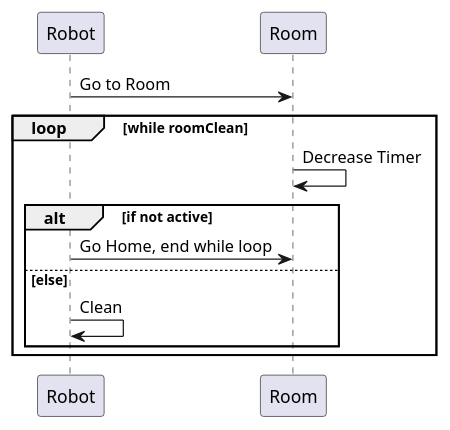
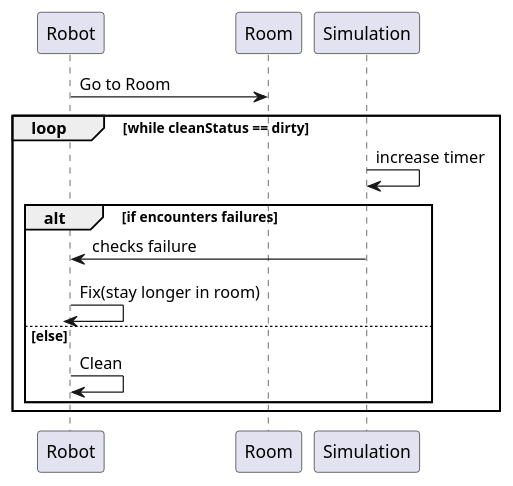
The diagram in docs/design/BehavioralDiagrams/duringTaskSequenceDiagram.puml (ur-cs-courses/course-project-clean-squad), drawn with PlantUML before and after one commit. The commit also changed 4 other files, not shown here.

Commit message:
update duringTask diagram

```diff
--- a/docs/design/BehavioralDiagrams/duringTaskSequenceDiagram.puml
+++ b/docs/design/BehavioralDiagrams/duringTaskSequenceDiagram.puml
@@ -1,11 +1,12 @@
 @startuml
 Robot -> Room: Go to Room
-loop while roomClean
-Room -> Room: Decrease Timer
-    alt if not active
-    Robot -> Room -- : Go Home, end while loop
+loop while cleanStatus == dirty
+Simulation -> Simulation: increase timer
+    alt if encounters failures
+    Simulation -> Robot: checks failure
+    Robot -> Robot -- : Fix(stay longer in room)
     else else
     Robot -> Robot: Clean
     end
 end
 @enduml
```
